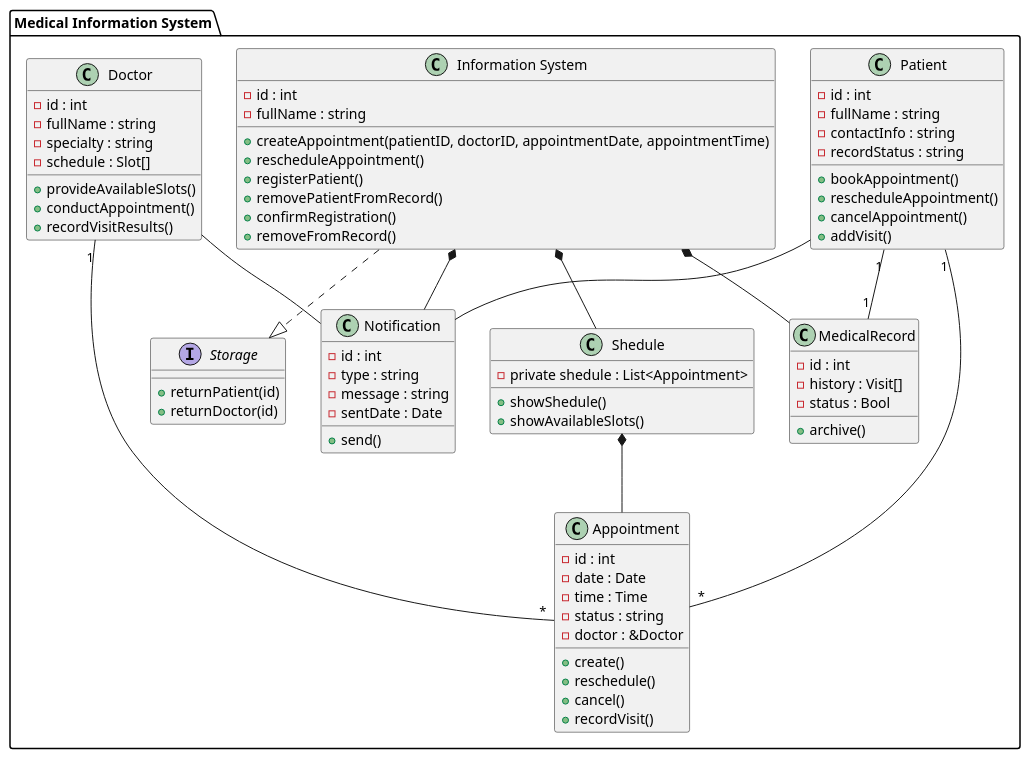
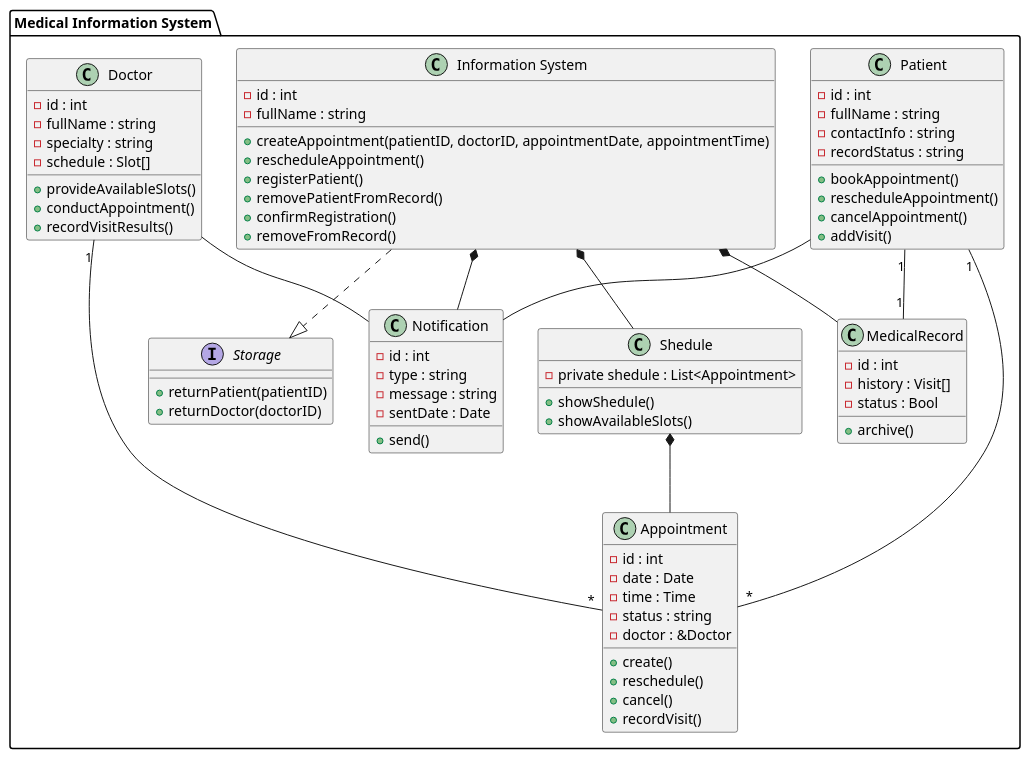
The diagram in class_diagram.puml (penamarth/bsbo-13-23_team3_var3_clinic), drawn with PlantUML before and after one commit.

Commit message:
Update class_diagram.puml
changes

```diff
--- a/class_diagram.puml
+++ b/class_diagram.puml
@@ -1,86 +1,86 @@
 @startuml
 package "Medical Information System" {
 
 interface Storage {
-  + returnPatient(id)
-  + returnDoctor(id)
+  + returnPatient(patientID)
+  + returnDoctor(doctorID)
 }
 
 class Patient {
   - id : int
   - fullName : string
   - contactInfo : string
   - recordStatus : string
   + bookAppointment()
   + rescheduleAppointment()
   + cancelAppointment()
   + addVisit()
 }
 
 class "Information System" {
   - id : int
   - fullName : string
   + createAppointment(patientID, doctorID, appointmentDate, appointmentTime)
   + rescheduleAppointment()
   + registerPatient()
   + removePatientFromRecord()
   + confirmRegistration()
   + removeFromRecord()
 }
 
 class Doctor {
   - id : int
   - fullName : string
   - specialty : string
   - schedule : Slot[]
   + provideAvailableSlots()
   + conductAppointment()
   + recordVisitResults()
 }
 
 class Shedule {
   - private shedule : List<Appointment>
   + showShedule()
   + showAvailableSlots()
 }
 
 class Appointment {
   - id : int
   - date : Date
   - time : Time
   - status : string
   - doctor : &Doctor
   + create()
   + reschedule()
   + cancel()
   + recordVisit()
 }
 
 class MedicalRecord {
   - id : int
   - history : Visit[]
   - status : Bool
   + archive()
 }
 
 class Notification {
   - id : int
   - type : string
   - message : string
   - sentDate : Date
   + send()
 }
 
 Patient "1" -- "1" MedicalRecord
 Patient "1" -- "*" Appointment
 Patient -- Notification
 Doctor -- Notification
 Doctor "1" -- "*" Appointment
 
 "Information System" *-- Shedule
 "Information System" *-- Notification
 "Information System" *-- "MedicalRecord"
 "Information System" ..|> Storage
 Shedule *-- Appointment
 }
 @enduml
```
